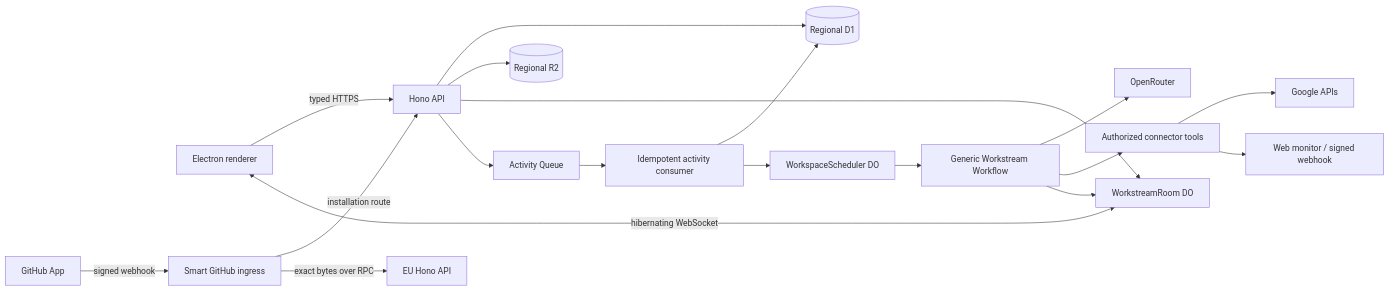
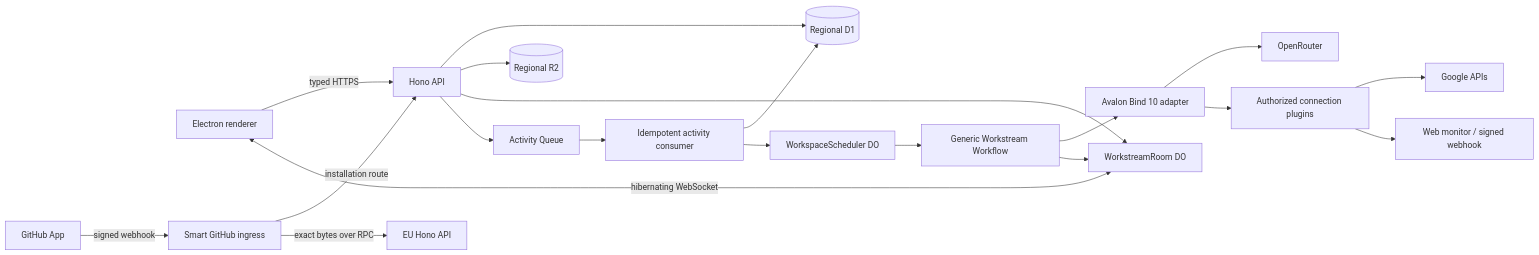
Before and after one commit to juno-ai-labs/avalon: the diagram in docs/ARCHITECTURE.md, drawn with Mermaid. The commit also changed other lines of this file and 51 other files, not shown here.

````diff
--- a/docs/ARCHITECTURE.md
+++ b/docs/ARCHITECTURE.md
@@ -13,21 +13,22 @@
 ```mermaid
 flowchart LR
   E["Electron renderer"] -->|"typed HTTPS"| H["Hono API"]
   E <-->|"hibernating WebSocket"| R["WorkstreamRoom DO"]
   H --> D[("Regional D1")]
   H --> B[("Regional R2")]
   H --> R
   H --> Q["Activity Queue"]
   GH["GitHub App"] -->|"signed webhook"| GI["Smart GitHub ingress"]
   GI -->|"installation route"| H
   GI -->|"exact bytes over RPC"| EH["EU Hono API"]
   Q --> C["Idempotent activity consumer"]
   C --> D
   C --> S["WorkspaceScheduler DO"]
   S --> W["Generic Workstream Workflow"]
-  W --> O["OpenRouter"]
-  W --> T["Authorized connector tools"]
+  W --> A["Avalon Bind 10 adapter"]
+  A --> O["OpenRouter"]
+  A --> T["Authorized connection plugins"]
   W --> R
   T --> G["Google APIs"]
   T --> M["Web monitor / signed webhook"]
 ```
````
